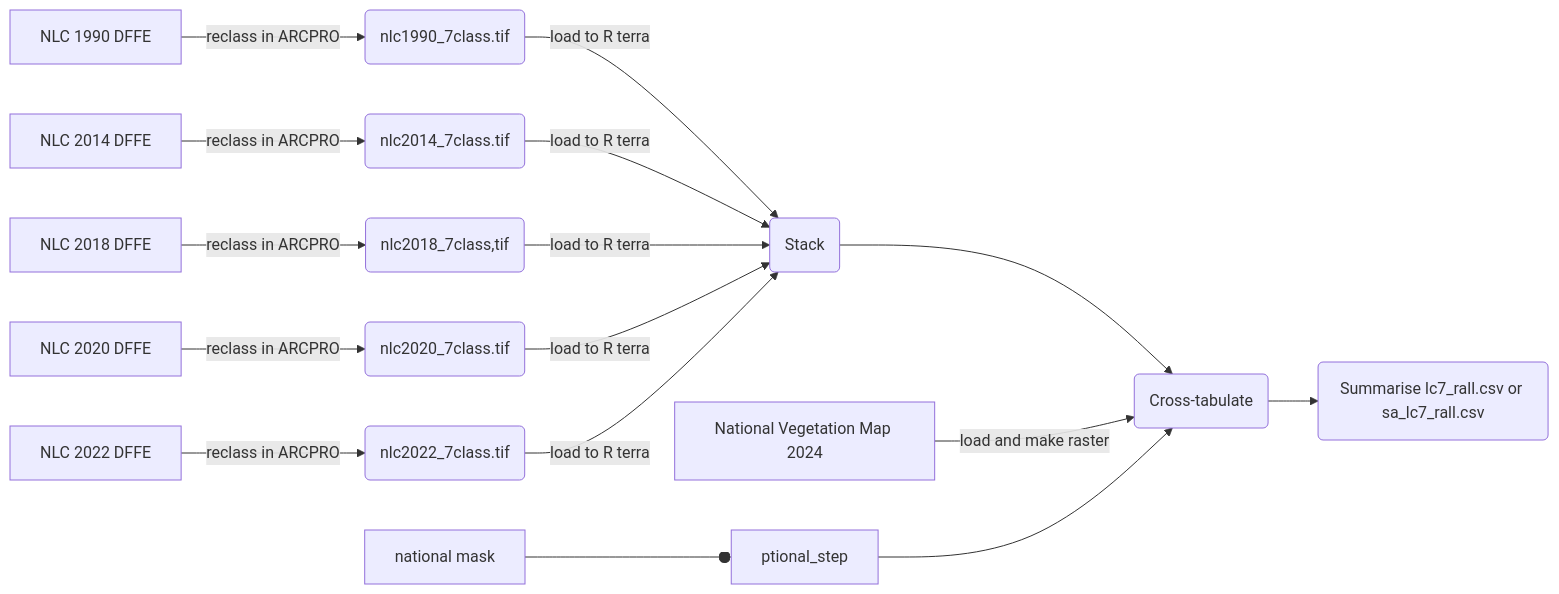
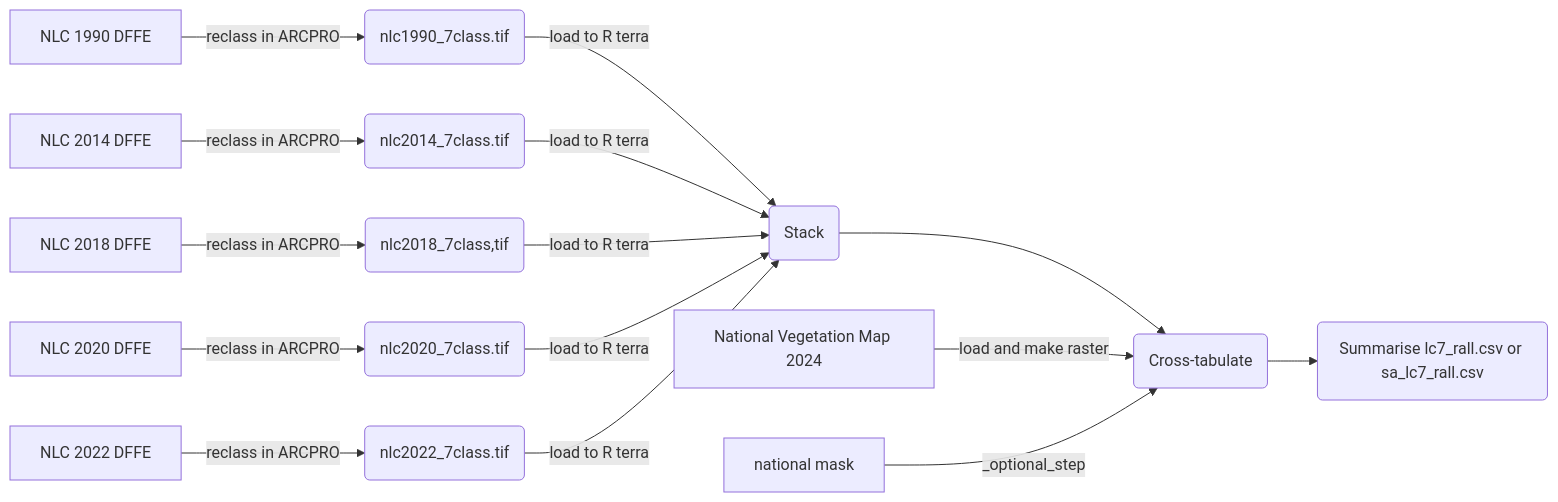
The diagram in README.md (askowno/LLC_terr), drawn with Mermaid before and after one commit.

````diff
--- a/README.md
+++ b/README.md
@@ -23,12 +23,12 @@
 ``` mermaid
 flowchart LR
 A[NLC 1990 DFFE]--reclass in ARCPRO--> B(nlc1990_7class.tif) --load to R terra--> K(Stack); 
 C[NLC 2014 DFFE]--reclass in ARCPRO--> D(nlc2014_7class.tif) --load to R terra--> K(Stack); 
 E[NLC 2018 DFFE]--reclass in ARCPRO--> F(nlc2018_7class,tif) --load to R terra--> K(Stack);
 G[NLC 2020 DFFE]--reclass in ARCPRO--> H(nlc2020_7class.tif) --load to R terra--> K(Stack);
 I[NLC 2022 DFFE]--reclass in ARCPRO--> J(nlc2022_7class.tif) --load to R terra--> K(Stack);
 K--> L(Cross-tabulate);
 M[National Vegetation Map 2024] --load and make raster --> L;
-N[national mask] --optional_step--> L;
+N[national mask] --_optional_step--> L;
 L--> O(Summarise lc7_rall.csv or sa_lc7_rall.csv);
 ```
````
